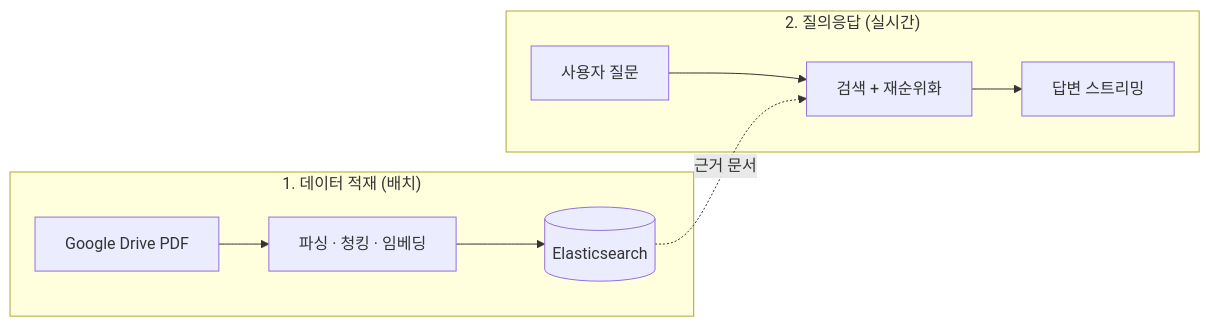
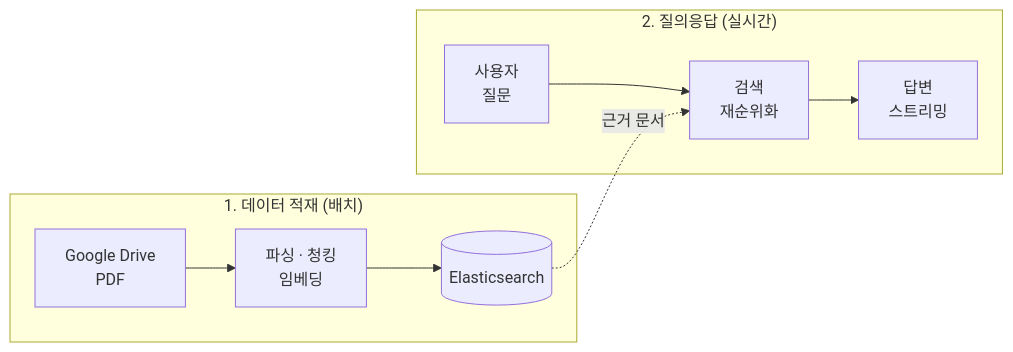
The first of 4 diagrams in README.md (ev1025/HY_LLM_Chain), drawn with Mermaid before and after one commit. The commit also changed other lines of this file, not shown here.

First line of the commit message:
docs: 개요 mermaid 라벨 <br> 줄바꿈 + 목차 줄바꿈 복구

````diff
--- a/README.md
+++ b/README.md
@@ -28,12 +29,12 @@
 ```mermaid
 flowchart LR
     subgraph P1["1. 데이터 적재 (배치)"]
-        A["Google Drive PDF"] --> B["파싱 · 청킹 · 임베딩"]
+        A["Google Drive<br/>PDF"] --> B["파싱 · 청킹<br/>임베딩"]
         B --> C[("Elasticsearch")]
     end
     subgraph P2["2. 질의응답 (실시간)"]
-        Q["사용자 질문"] --> R["검색 + 재순위화"]
-        R --> G["답변 스트리밍"]
+        Q["사용자<br/>질문"] --> R["검색<br/>재순위화"]
+        R --> G["답변<br/>스트리밍"]
     end
     C -. 근거 문서 .-> R
 ```
````
